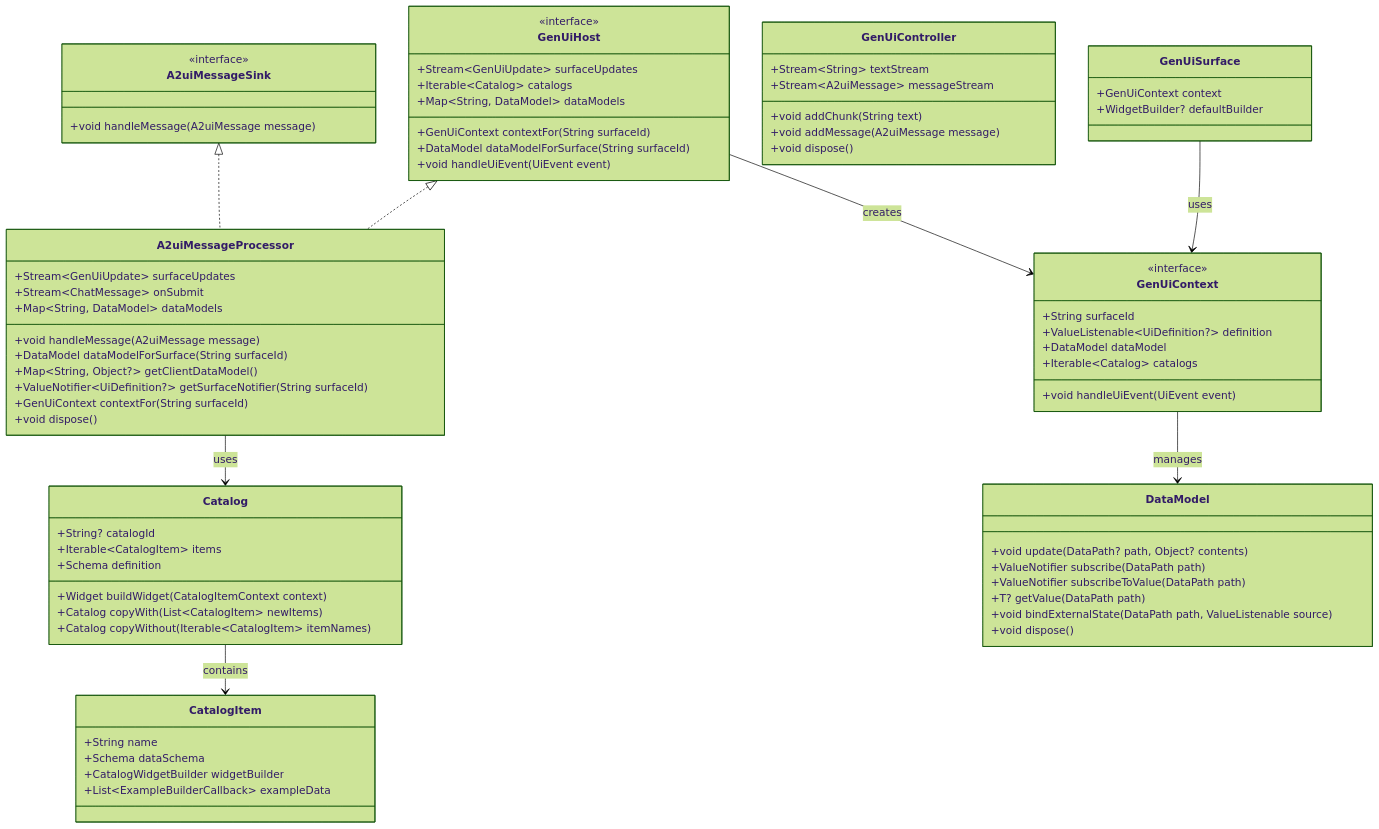
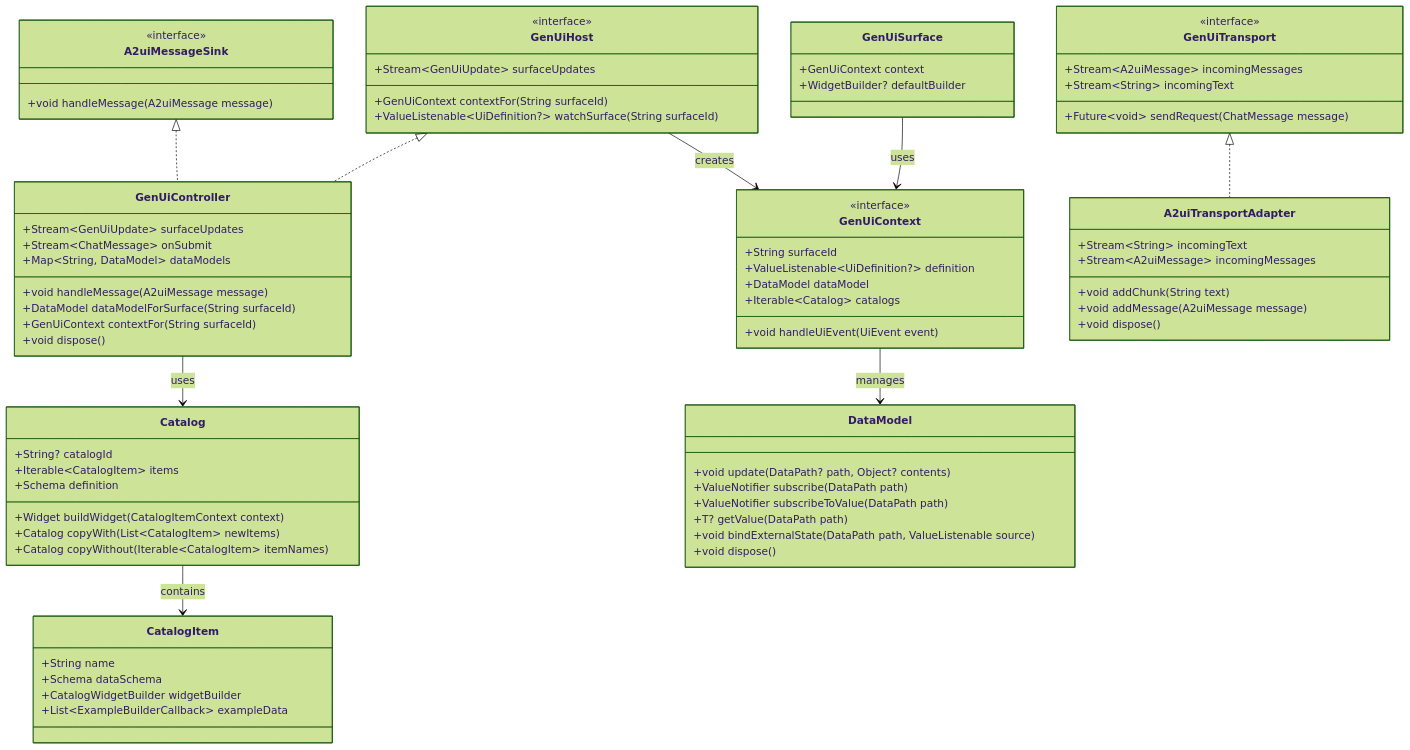
One commit to polina-c/genui changed the diagram in packages/genui/docs/guide.md. Above: the diagram before and after it, drawn with Mermaid (forest theme). The commit also changed other lines of this file and 7 other files, not shown here.

First line of the commit message:
docs: update architecture docs to reflect v0.9 transport layer

````diff
--- a/packages/genui/docs/guide.md
+++ b/packages/genui/docs/guide.md
@@ -25,10 +25,7 @@
         <<interface>>
         +Stream~GenUiUpdate~ surfaceUpdates
         +GenUiContext contextFor(String surfaceId)
-        +Iterable~Catalog~ catalogs
-        +Map~String, DataModel~ dataModels
-        +DataModel dataModelForSurface(String surfaceId)
-        +void handleUiEvent(UiEvent event)
+        +ValueListenable~UiDefinition?~ watchSurface(String surfaceId)
     }
 
     class GenUiContext {
@@ -45,23 +42,28 @@
         +void handleMessage(A2uiMessage message)
     }
 
-    class A2uiMessageProcessor {
+    class GenUiController {
         +void handleMessage(A2uiMessage message)
         +Stream~GenUiUpdate~ surfaceUpdates
         +Stream~ChatMessage~ onSubmit
         +Map~String, DataModel~ dataModels
         +DataModel dataModelForSurface(String surfaceId)
-        +Map~String, Object?~ getClientDataModel()
-        +ValueNotifier~UiDefinition?~ getSurfaceNotifier(String surfaceId)
         +GenUiContext contextFor(String surfaceId)
         +void dispose()
     }
 
-    class GenUiController {
+    class GenUiTransport {
+        <<interface>>
+        +Stream~A2uiMessage~ incomingMessages
+        +Stream~String~ incomingText
+        +Future~void~ sendRequest(ChatMessage message)
+    }
+
+    class A2uiTransportAdapter {
         +void addChunk(String text)
         +void addMessage(A2uiMessage message)
-        +Stream~String~ textStream
-        +Stream~A2uiMessage~ messageStream
+        +Stream~String~ incomingText
+        +Stream~A2uiMessage~ incomingMessages
         +void dispose()
     }
 
@@ -95,11 +97,12 @@
         +void dispose()
     }
 
-    GenUiHost <|.. A2uiMessageProcessor
-    A2uiMessageSink <|.. A2uiMessageProcessor
+    GenUiHost <|.. GenUiController
+    A2uiMessageSink <|.. GenUiController
+    GenUiTransport <|.. A2uiTransportAdapter
     GenUiSurface --> GenUiContext : uses
     GenUiHost --> GenUiContext : creates
-    A2uiMessageProcessor --> Catalog : uses
+    GenUiController --> Catalog : uses
     Catalog --> CatalogItem : contains
     GenUiContext --> DataModel : manages
 ```
````
